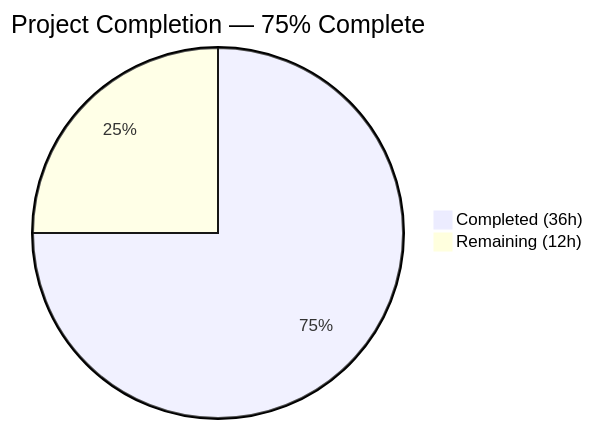
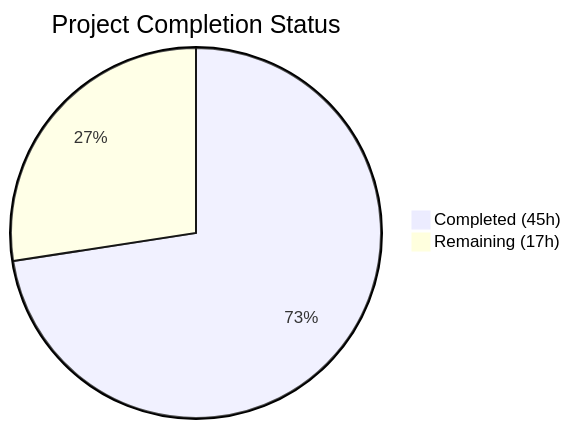
The first of 3 diagrams in blitzy/documentation/Project Guide.md (blitzy-public-samples/blitzy-odoo), drawn with Mermaid before and after one commit. The commit also changed other lines of this file, not shown here.

Commit message:
Adding Blitzy Project Guide: Project Status and Human Tasks Remaining

````diff
--- a/blitzy/documentation/Project Guide.md
+++ b/blitzy/documentation/Project Guide.md
@@ -13,5 +15,5 @@
 ```mermaid
-pie title Project Completion — 75% Complete
-    "Completed (36h)" : 36
-    "Remaining (12h)" : 12
+pie title Project Completion Status
+    "Completed (45h)" : 45
+    "Remaining (17h)" : 17
 ```
````
